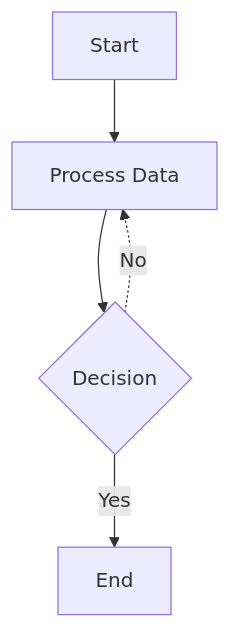
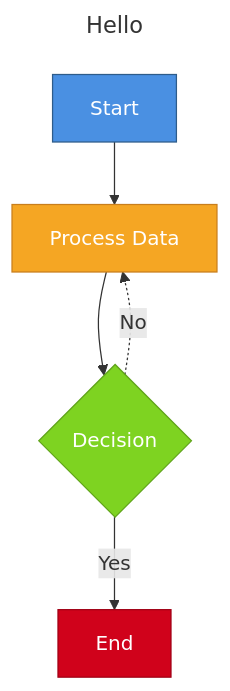
Before and after one commit to KeyFicller/Periscope: the first of 5 diagrams in README.md, drawn with Mermaid. The commit also changed other lines of this file, not shown here.

First line of the commit message:
docs: simplify README around real sandbox Mermaid

````diff
--- a/README.md
+++ b/README.md
@@ -86,12 +67,22 @@
 ```mermaid
+---
+title: Hello
+---
 flowchart TD
-
-0@{ shape: rect, label: Start }
-1@{ shape: rect, label: Process Data }
-2@{ shape: diamond, label: Decision }
-3@{ shape: rect, label: End }
-0 --> 1
-1 --> 2
-2 --"Yes"--> 3
-2 -."No".-> 1
+classDef StartClass fill:#4A90E2,stroke:#2E5C8A,color:#fff
+classDef ProcessClass fill:#F5A623,stroke:#C97E1C,color:#fff
+classDef DecisionClass fill:#7ED321,stroke:#5FA319,color:#fff
+classDef EndClass fill:#D0021B,stroke:#A00115,color:#fff
+4@{ shape: rect, label: Start }
+5@{ shape: rect, label: Process Data }
+6@{ shape: diamond, label: Decision }
+7@{ shape: rect, label: End }
+4 --> 5
+5 --> 6
+6 --"Yes"--> 7
+6 -."No".-> 5
+class 4 StartClass
+class 5 ProcessClass
+class 6 DecisionClass
+class 7 EndClass
 ```
````
